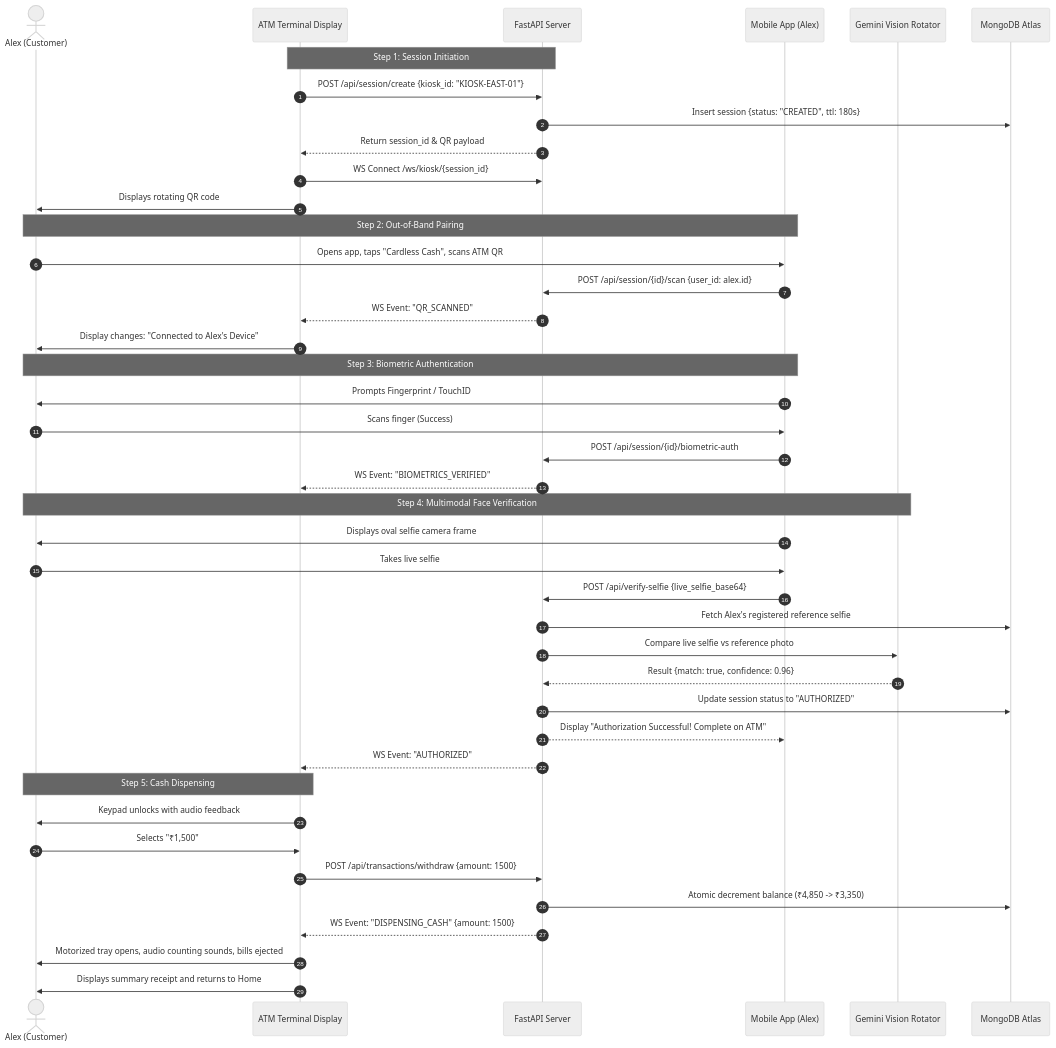
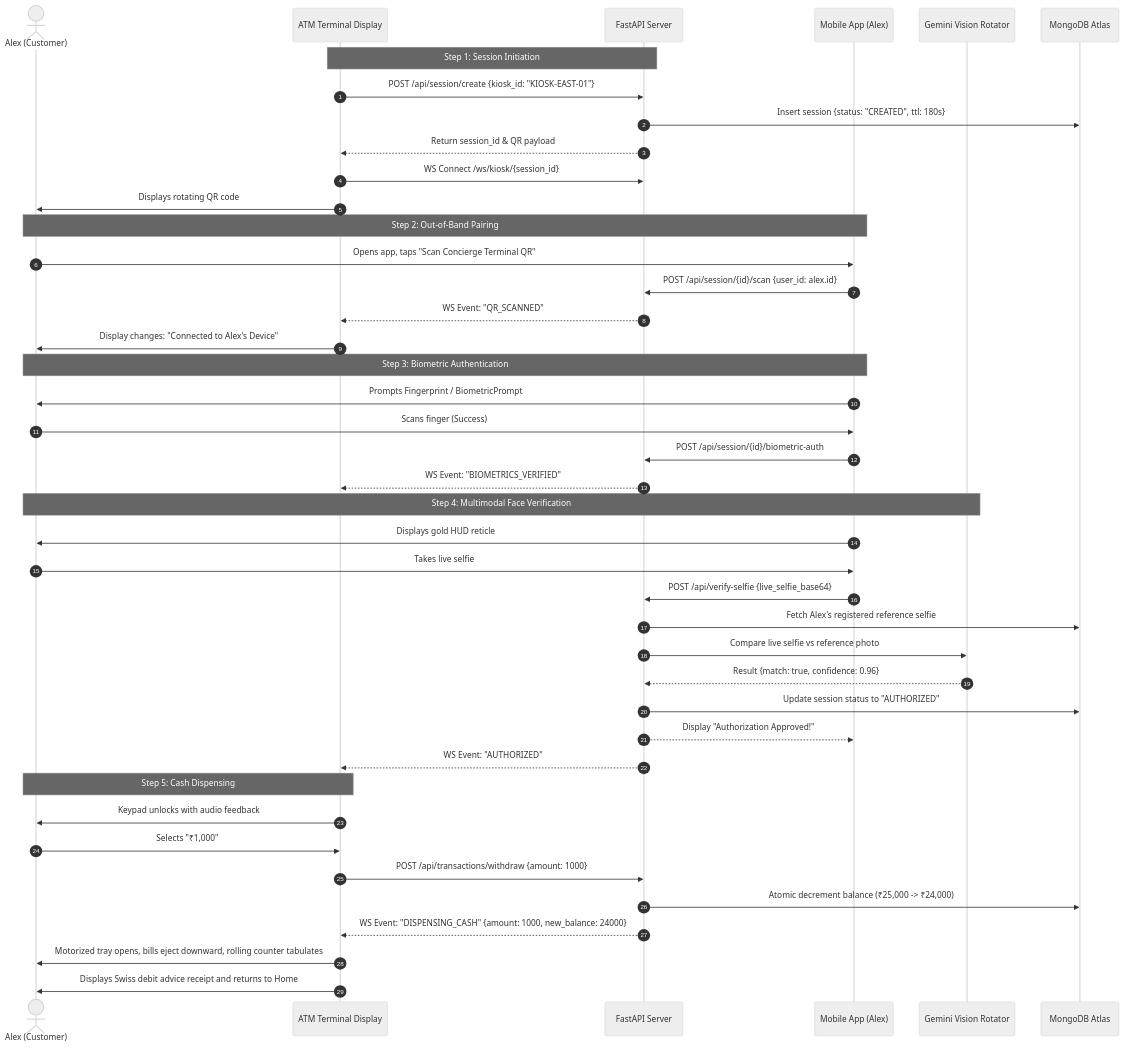
Before and after one commit to sujay-237/ATM-Kisok: the first of 7 diagrams in WORKING.md, drawn with Mermaid (neutral theme). The commit also changed other lines of this file and 56 other files, not shown here.

First line of the commit message:
feat: Swiss Private Wealth redesign, 4 security features, balance pipeline fix & updated docs

````diff
--- a/WORKING.md
+++ b/WORKING.md
@@ -45,49 +48,49 @@
 ```mermaid
 sequenceDiagram
     autonumber
     actor User as Alex (Customer)
     participant Kiosk as ATM Terminal Display
     participant Backend as FastAPI Server
     participant Mobile as Mobile App (Alex)
     participant Gemini as Gemini Vision Rotator
     participant DB as MongoDB Atlas
 
     Note over Kiosk,Backend: Step 1: Session Initiation
     Kiosk->>Backend: POST /api/session/create {kiosk_id: "KIOSK-EAST-01"}
     Backend->>DB: Insert session {status: "CREATED", ttl: 180s}
     Backend-->>Kiosk: Return session_id & QR payload
     Kiosk->>Backend: WS Connect /ws/kiosk/{session_id}
     Kiosk->>User: Displays rotating QR code
 
     Note over User,Mobile: Step 2: Out-of-Band Pairing
-    User->>Mobile: Opens app, taps "Cardless Cash", scans ATM QR
+    User->>Mobile: Opens app, taps "Scan Concierge Terminal QR"
     Mobile->>Backend: POST /api/session/{id}/scan {user_id: alex.id}
     Backend-->>Kiosk: WS Event: "QR_SCANNED"
     Kiosk->>User: Display changes: "Connected to Alex's Device"
 
     Note over User,Mobile: Step 3: Biometric Authentication
-    Mobile->>User: Prompts Fingerprint / TouchID
+    Mobile->>User: Prompts Fingerprint / BiometricPrompt
     User->>Mobile: Scans finger (Success)
     Mobile->>Backend: POST /api/session/{id}/biometric-auth
     Backend-->>Kiosk: WS Event: "BIOMETRICS_VERIFIED"
 
     Note over User,Gemini: Step 4: Multimodal Face Verification
-    Mobile->>User: Displays oval selfie camera frame
+    Mobile->>User: Displays gold HUD reticle
     User->>Mobile: Takes live selfie
     Mobile->>Backend: POST /api/verify-selfie {live_selfie_base64}
     Backend->>DB: Fetch Alex's registered reference selfie
     Backend->>Gemini: Compare live selfie vs reference photo
     Gemini-->>Backend: Result {match: true, confidence: 0.96}
     Backend->>DB: Update session status to "AUTHORIZED"
-    Backend-->>Mobile: Display "Authorization Successful! Complete on ATM"
+    Backend-->>Mobile: Display "Authorization Approved!"
     Backend-->>Kiosk: WS Event: "AUTHORIZED"
 
     Note over User,Kiosk: Step 5: Cash Dispensing
     Kiosk->>User: Keypad unlocks with audio feedback
-    User->>Kiosk: Selects "₹1,500"
-    Kiosk->>Backend: POST /api/transactions/withdraw {amount: 1500}
-    Backend->>DB: Atomic decrement balance (₹4,850 -> ₹3,350)
-    Backend-->>Kiosk: WS Event: "DISPENSING_CASH" {amount: 1500}
-    Kiosk->>User: Motorized tray opens, audio counting sounds, bills ejected
-    Kiosk->>User: Displays summary receipt and returns to Home
+    User->>Kiosk: Selects "₹1,000"
+    Kiosk->>Backend: POST /api/transactions/withdraw {amount: 1000}
+    Backend->>DB: Atomic decrement balance (₹25,000 -> ₹24,000)
+    Backend-->>Kiosk: WS Event: "DISPENSING_CASH" {amount: 1000, new_balance: 24000}
+    Kiosk->>User: Motorized tray opens, bills eject downward, rolling counter tabulates
+    Kiosk->>User: Displays Swiss debit advice receipt and returns to Home
 ```
````
